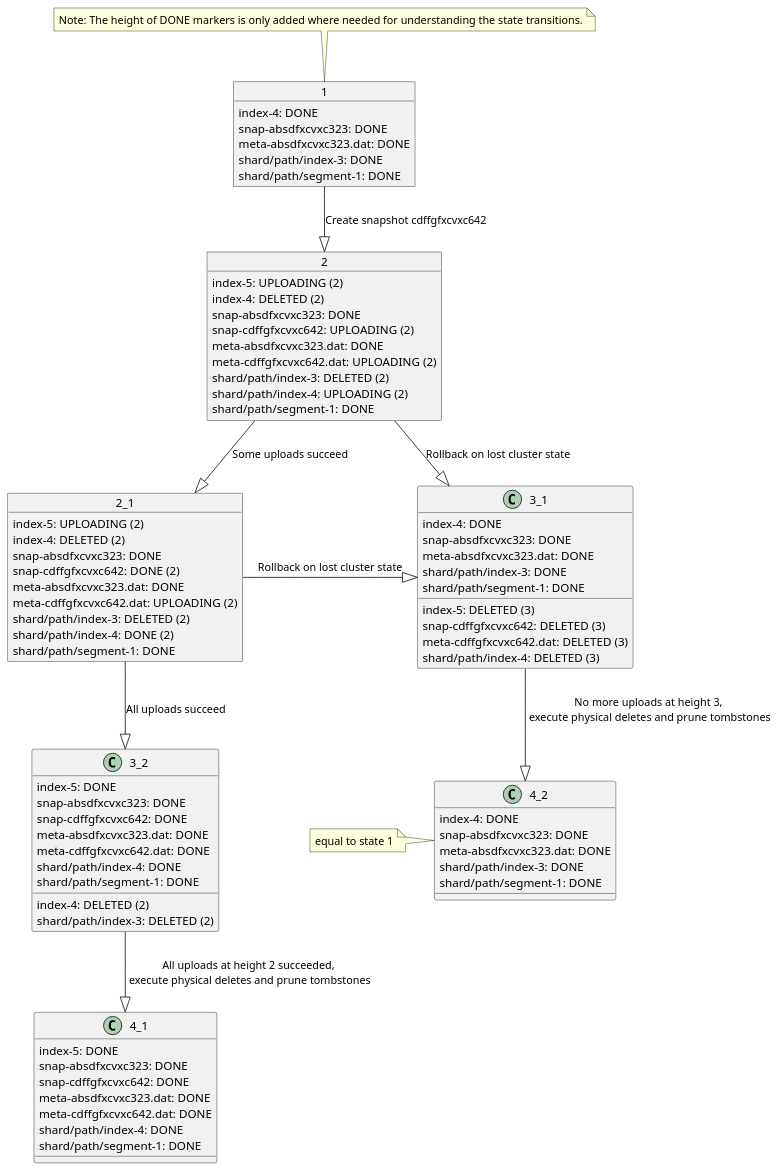
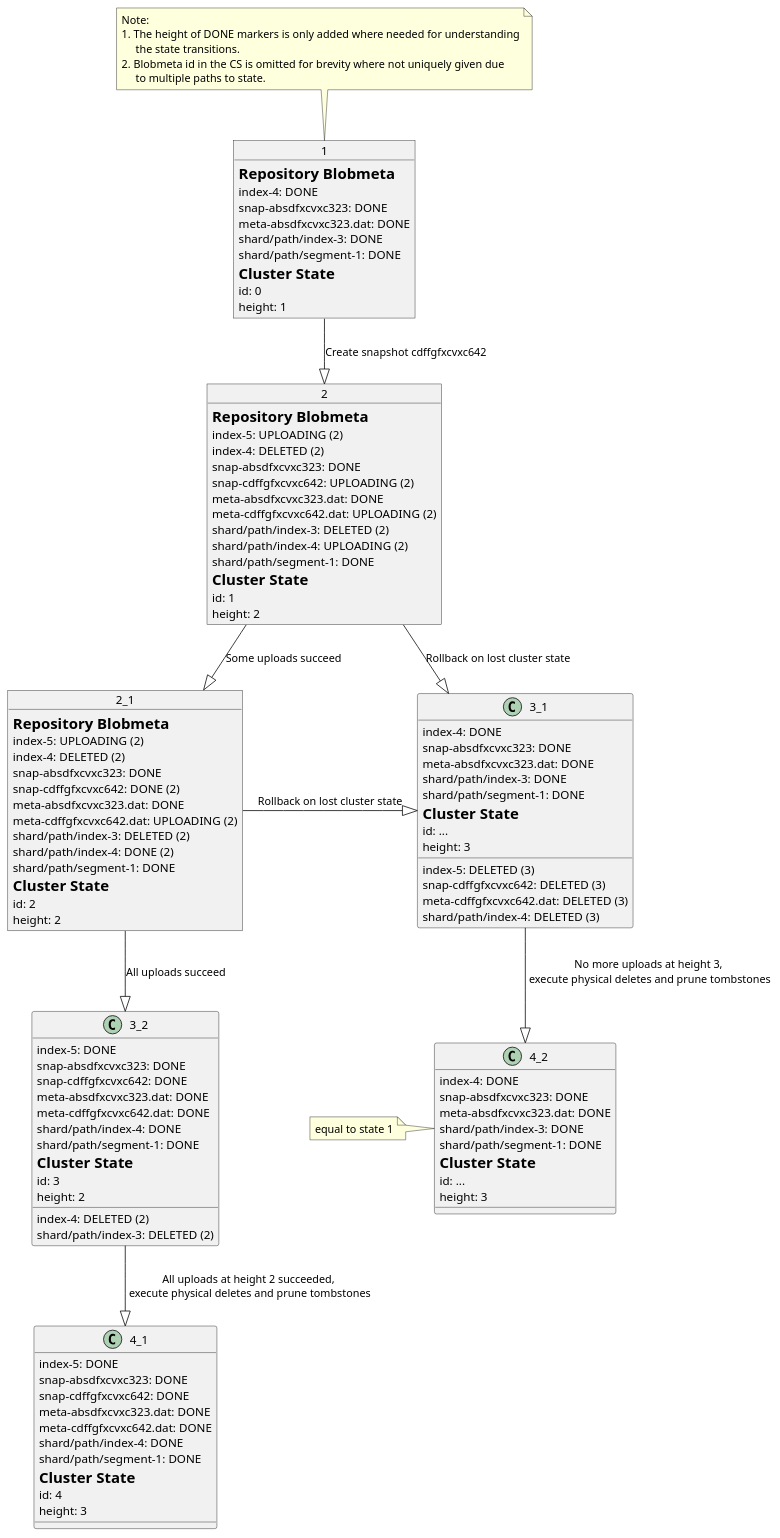
The diagram in meta-state-transitions-create.puml (original-brownbear/elasticsearch), drawn with PlantUML before and after one commit. The commit also changed 2 other files, not shown here.

```diff
--- a/meta-state-transitions-create.puml
+++ b/meta-state-transitions-create.puml
@@ -1,94 +1,122 @@
 @startuml
 
 
 Object 1 {
+    =Repository Blobmeta
     index-4: DONE
     snap-absdfxcvxc323: DONE
     meta-absdfxcvxc323.dat: DONE
     shard/path/index-3: DONE
     shard/path/segment-1: DONE
+    =Cluster State
+    id: 0
+    height: 1
 }
 note top
-Note: The height of DONE markers is only added where needed for understanding the state transitions.
+ Note:
+ 1. The height of DONE markers is only added where needed for understanding
+      the state transitions.
+ 2. Blobmeta id in the CS is omitted for brevity where not uniquely given due
+      to multiple paths to state.
 end note
 
 Object 2 {
+    =Repository Blobmeta
     index-5: UPLOADING (2)
     index-4: DELETED (2)
     snap-absdfxcvxc323: DONE
     snap-cdffgfxcvxc642: UPLOADING (2)
     meta-absdfxcvxc323.dat: DONE
     meta-cdffgfxcvxc642.dat: UPLOADING (2)
     shard/path/index-3: DELETED (2)
     shard/path/index-4: UPLOADING (2)
     shard/path/segment-1: DONE
+    =Cluster State
+    id: 1
+    height: 2
 }
 
 Object 2_1 {
+    =Repository Blobmeta
     index-5: UPLOADING (2)
     index-4: DELETED (2)
     snap-absdfxcvxc323: DONE
     snap-cdffgfxcvxc642: DONE (2)
     meta-absdfxcvxc323.dat: DONE
     meta-cdffgfxcvxc642.dat: UPLOADING (2)
     shard/path/index-3: DELETED (2)
     shard/path/index-4: DONE (2)
     shard/path/segment-1: DONE
+    =Cluster State
+    id: 2
+    height: 2
 }
 
 1 --|> 2: Create snapshot cdffgfxcvxc642
 
 2 --|> 2_1: Some uploads succeed
 
 2_1 -|> 3_1: Rollback on lost cluster state
 2 -|> 3_1: Rollback on lost cluster state
 2_1 --|> 3_2: All uploads succeed
 
 Object 3_1 {
     index-5: DELETED (3)
     index-4: DONE
     snap-absdfxcvxc323: DONE
     snap-cdffgfxcvxc642: DELETED (3)
     meta-absdfxcvxc323.dat: DONE
     meta-cdffgfxcvxc642.dat: DELETED (3)
     shard/path/index-3: DONE
     shard/path/index-4: DELETED (3)
     shard/path/segment-1: DONE
+    =Cluster State
+    id: ...
+    height: 3
 }
 
 Object 3_2 {
     index-5: DONE
     index-4: DELETED (2)
     snap-absdfxcvxc323: DONE
     snap-cdffgfxcvxc642: DONE
     meta-absdfxcvxc323.dat: DONE
     meta-cdffgfxcvxc642.dat: DONE
     shard/path/index-3: DELETED (2)
     shard/path/index-4: DONE
     shard/path/segment-1: DONE
+    =Cluster State
+    id: 3
+    height: 2
 }
 
 3_2 --|> 4_1: All uploads at height 2 succeeded,\n execute physical deletes and prune tombstones
 3_1 --|> 4_2: No more uploads at height 3,\n execute physical deletes and prune tombstones
 
 
 Object 4_1 {
     index-5: DONE
     snap-absdfxcvxc323: DONE
     snap-cdffgfxcvxc642: DONE
     meta-absdfxcvxc323.dat: DONE
     meta-cdffgfxcvxc642.dat: DONE
     shard/path/index-4: DONE
     shard/path/segment-1: DONE
+    =Cluster State
+    id: 4
+    height: 3
 }
 
 Object 4_2 {
     index-4: DONE
     snap-absdfxcvxc323: DONE
     meta-absdfxcvxc323.dat: DONE
     shard/path/index-3: DONE
     shard/path/segment-1: DONE
+    =Cluster State
+    id: ...
+    height: 3
 }
 note left: equal to state 1
 
 @enduml
```
